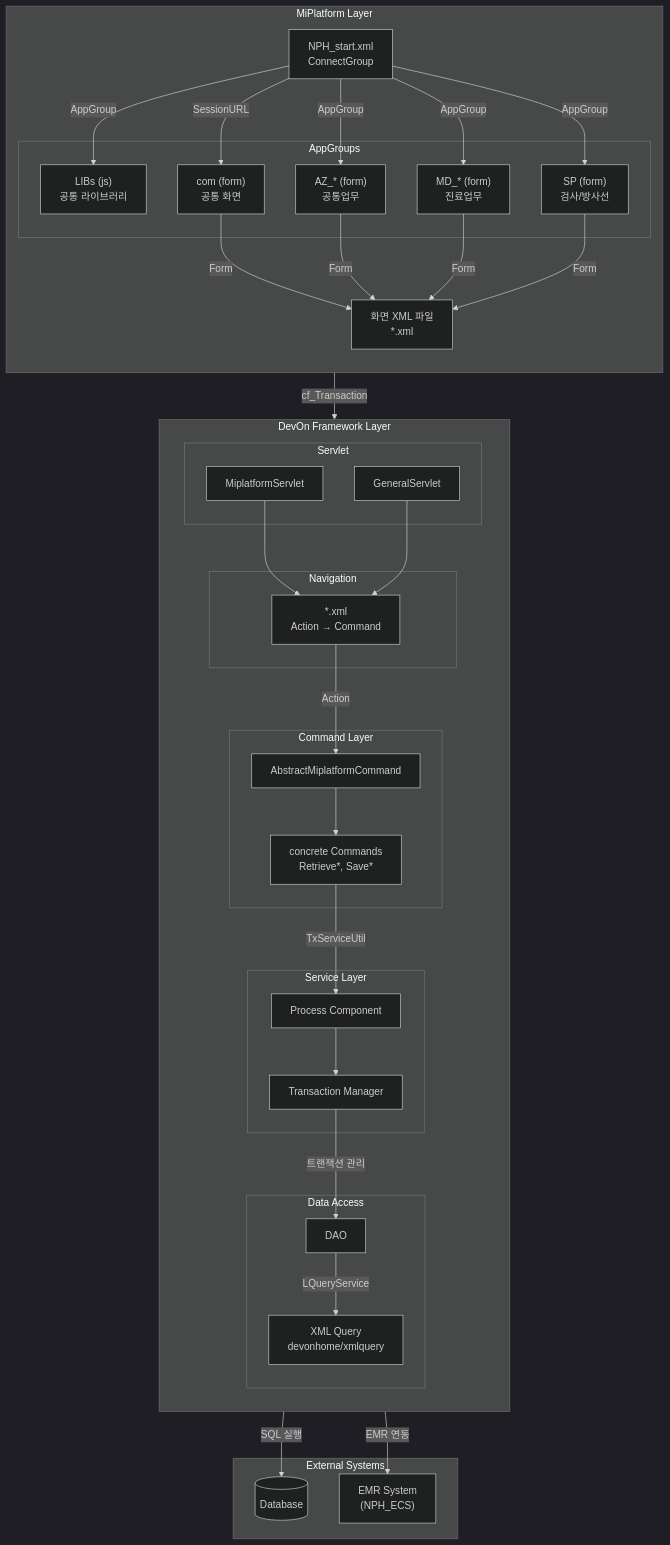
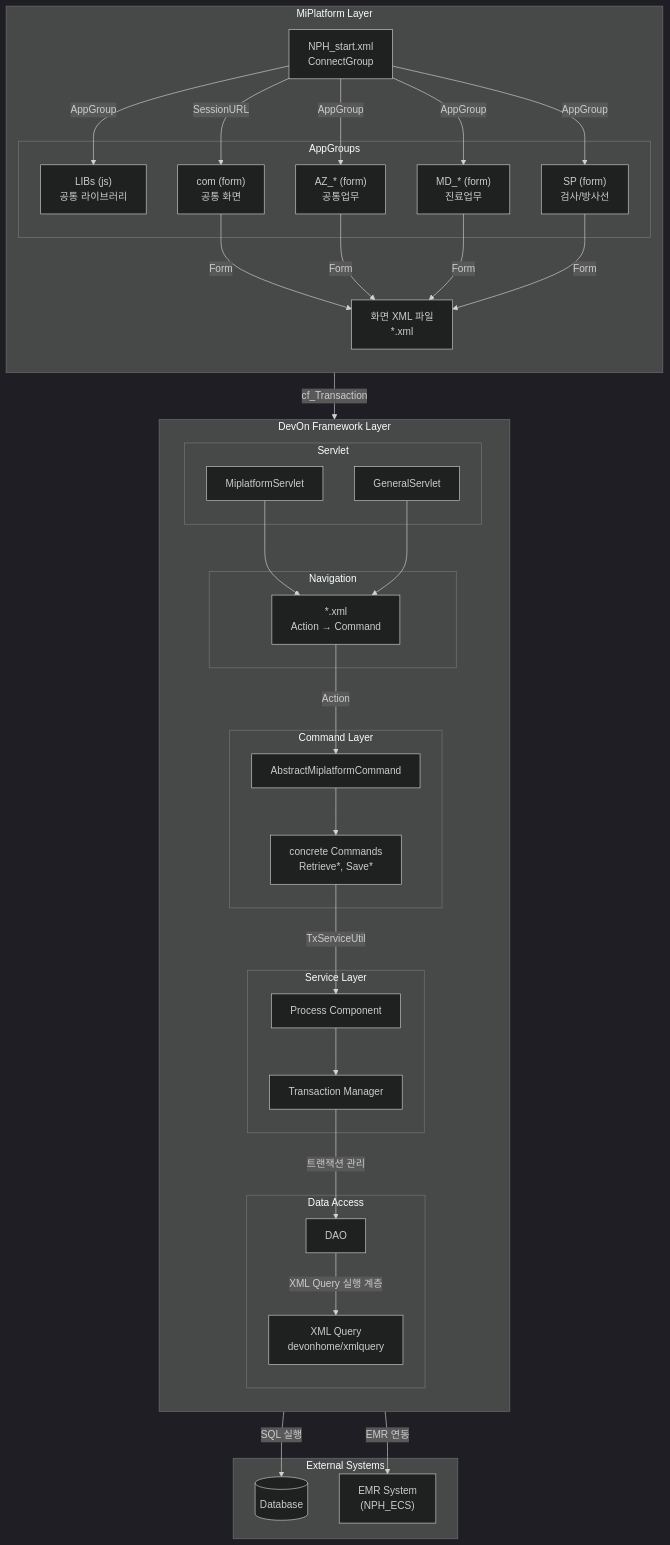
One commit to forsylph/nph changed the fourth of 4 diagrams in detailed-analysis.md. Above: the diagram before and after it, drawn with Mermaid (dark theme). The commit also changed other lines of this file and 22 other files, not shown here.

````diff
--- a/detailed-analysis.md
+++ b/detailed-analysis.md
@@ -388,78 +388,78 @@
 ```mermaid
 flowchart TB
     subgraph MiPlatform["MiPlatform Layer"]
         direction TB
         StartXML["NPH_start.xml<br/>ConnectGroup"]
 
         subgraph AppGroups["AppGroups"]
             LIBs["LIBs (js)<br/>공통 라이브러리"]
             COM["com (form)<br/>공통 화면"]
             AZ["AZ_* (form)<br/>공통업무"]
             MD["MD_* (form)<br/>진료업무"]
             SP["SP (form)<br/>검사/방사선"]
         end
 
         XMLFiles["화면 XML 파일<br/>*.xml"]
     end
 
     subgraph DevOn["DevOn Framework Layer"]
         direction TB
 
         subgraph Servlet["Servlet"]
             General["GeneralServlet"]
             MiServlet["MiplatformServlet"]
         end
 
         subgraph Navigation["Navigation"]
             NaviXML["*.xml<br/>Action → Command"]
         end
 
         subgraph Command["Command Layer"]
             AbstractCmd["AbstractMiplatformCommand"]
             ConcreteCmd[" concrete Commands<br/>Retrieve*, Save*"]
         end
 
         subgraph Service["Service Layer"]
             PC["Process Component"]
             TxManager["Transaction Manager"]
         end
 
         subgraph DataAccess["Data Access"]
             XMLQuery["XML Query<br/>devonhome/xmlquery"]
             DAO["DAO"]
         end
     end
 
     subgraph External["External Systems"]
         DB[("Database")]
         EMR["EMR System<br/>(NPH_ECS)"]
     end
 
     StartXML -->|SessionURL| COM
     StartXML -->|AppGroup| LIBs
     StartXML -->|AppGroup| AZ
     StartXML -->|AppGroup| MD
     StartXML -->|AppGroup| SP
 
     COM -->|Form| XMLFiles
     AZ -->|Form| XMLFiles
     MD -->|Form| XMLFiles
     SP -->|Form| XMLFiles
 
     XMLFiles -->|cf_Transaction| MiServlet
 
     MiServlet --> NaviXML
     General --> NaviXML
 
     NaviXML -->|Action| AbstractCmd
     AbstractCmd --> ConcreteCmd
 
     ConcreteCmd -->|TxServiceUtil| PC
     PC --> TxManager
     TxManager -->|트랜잭션 관리| DAO
 
-    DAO -->|LQueryService| XMLQuery
+    DAO -->|XML Query 실행 계층| XMLQuery
     XMLQuery -->|SQL 실행| DB
 
     PC -->|EMR 연동| EMR
 ```
````
